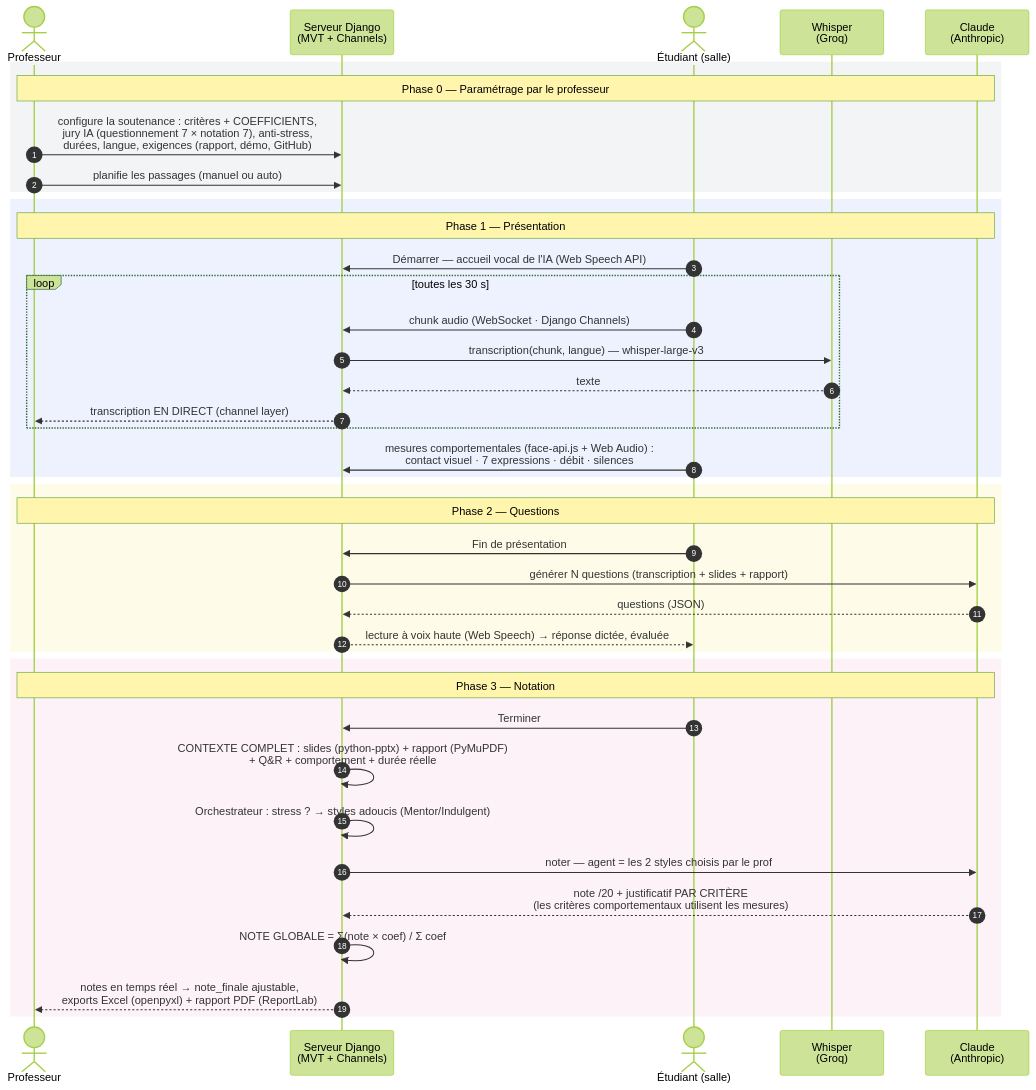
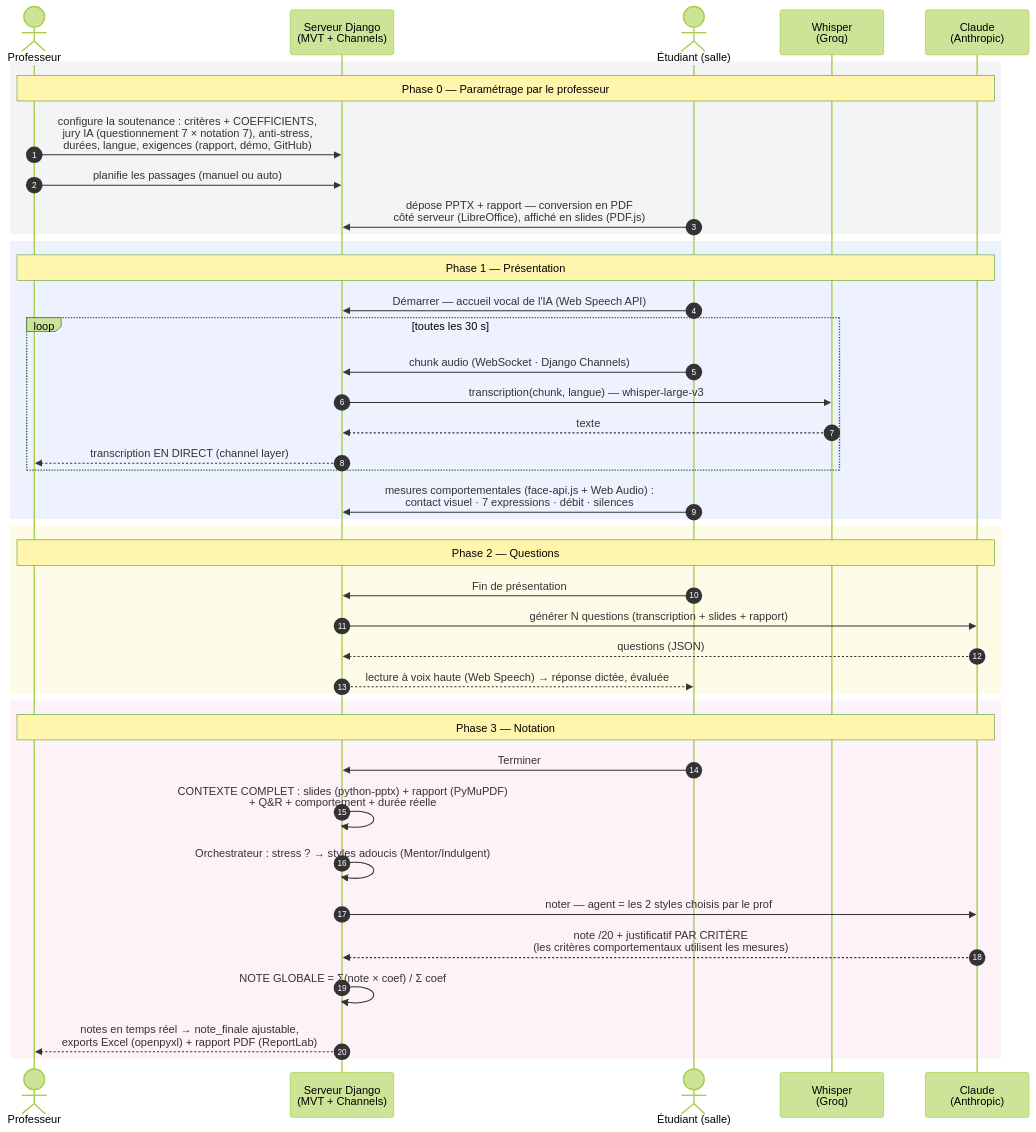
The second of 2 diagrams in presentation.md (ZIADEA/SOUTENANCENNOTATIONBYAI), drawn with Mermaid (forest theme) before and after one commit. The commit also changed other lines of this file and 2 other files, not shown here.

Commit message:
docs: ajout du depot PPTX/rapport (conversion PDF) en phase 0 des diagrammes de sequence (presentation, rapport fig 2.4, README)

````diff
--- a/presentation.md
+++ b/presentation.md
@@ -126,46 +126,47 @@
 ```mermaid
 sequenceDiagram
     autonumber
     actor P as Professeur
     participant S as Serveur Django<br>(MVT + Channels)
     actor E as Étudiant (salle)
     participant W as Whisper<br>(Groq)
     participant C as Claude<br>(Anthropic)
 
     rect rgb(243, 244, 246)
     note over P,C: Phase 0 — Paramétrage par le professeur
     P->>S: configure la soutenance : critères + COEFFICIENTS,<br>jury IA (questionnement 7 × notation 7), anti-stress,<br>durées, langue, exigences (rapport, démo, GitHub)
     P->>S: planifie les passages (manuel ou auto)
+    E->>S: dépose PPTX + rapport — conversion en PDF<br>côté serveur (LibreOffice), affiché en slides (PDF.js)
     end
 
     rect rgb(238, 242, 255)
     note over P,C: Phase 1 — Présentation
     E->>S: Démarrer — accueil vocal de l'IA (Web Speech API)
     loop toutes les 30 s
         E->>S: chunk audio (WebSocket · Django Channels)
         S->>W: transcription(chunk, langue) — whisper-large-v3
         W-->>S: texte
         S-->>P: transcription EN DIRECT (channel layer)
     end
     E->>S: mesures comportementales (face-api.js + Web Audio) :<br>contact visuel · 7 expressions · débit · silences
     end
 
     rect rgb(254, 252, 232)
     note over P,C: Phase 2 — Questions
     E->>S: Fin de présentation
     S->>C: générer N questions (transcription + slides + rapport)
     C-->>S: questions (JSON)
     S-->>E: lecture à voix haute (Web Speech) → réponse dictée, évaluée
     end
 
     rect rgb(253, 242, 248)
     note over P,C: Phase 3 — Notation
     E->>S: Terminer
     S->>S: CONTEXTE COMPLET : slides (python-pptx) + rapport (PyMuPDF)<br>+ Q&R + comportement + durée réelle
     S->>S: Orchestrateur : stress ? → styles adoucis (Mentor/Indulgent)
     S->>C: noter — agent = les 2 styles choisis par le prof
     C-->>S: note /20 + justificatif PAR CRITÈRE<br>(les critères comportementaux utilisent les mesures)
     S->>S: NOTE GLOBALE = Σ(note × coef) / Σ coef
     S-->>P: notes en temps réel → note_finale ajustable,<br>exports Excel (openpyxl) + rapport PDF (ReportLab)
     end
 ```
````
